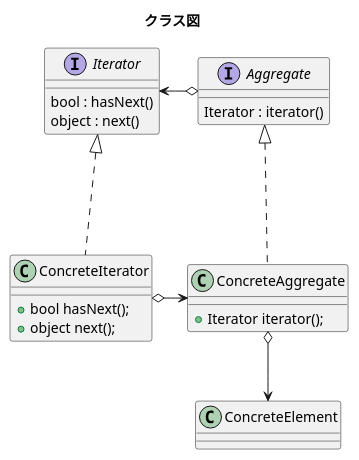
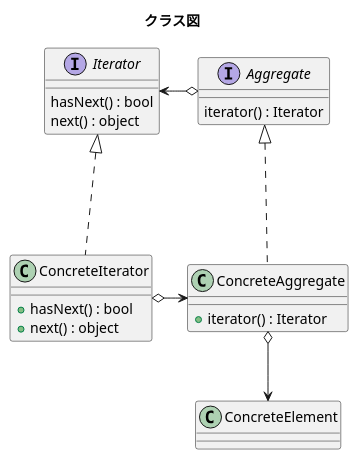
One commit to untangh/DesignPatternWithCSharp changed the diagram in Patterns/IteratorPattern/ClassDiagram.pu. Above: the diagram before and after it, drawn with PlantUML. The commit also changed 14 other files, not shown here.

Commit message:
doc : Class Diagram

```diff
--- a/Patterns/IteratorPattern/ClassDiagram.pu
+++ b/Patterns/IteratorPattern/ClassDiagram.pu
@@ -1,25 +1,25 @@
 @startuml
 title クラス図
 interface Aggregate{
-	Iterator : iterator()
+	iterator() : Iterator
 }
 interface Iterator{
-	bool : hasNext()
-	object : next()
+	hasNext() : bool
+	next() : object
 }
 class ConcreteAggregate{
-	+Iterator iterator();
+	+iterator() : Iterator
 }
 class ConcreteIterator{
-	+bool hasNext();
-	+object next();
+	+hasNext() : bool
+	+next() : object
 }
 class ConcreteElement{
 
 }
 Aggregate <|... ConcreteAggregate
 Iterator <|... ConcreteIterator
 Iterator <-o Aggregate
 ConcreteAggregate o--> ConcreteElement
 ConcreteIterator o-> ConcreteAggregate
 @enduml
```
